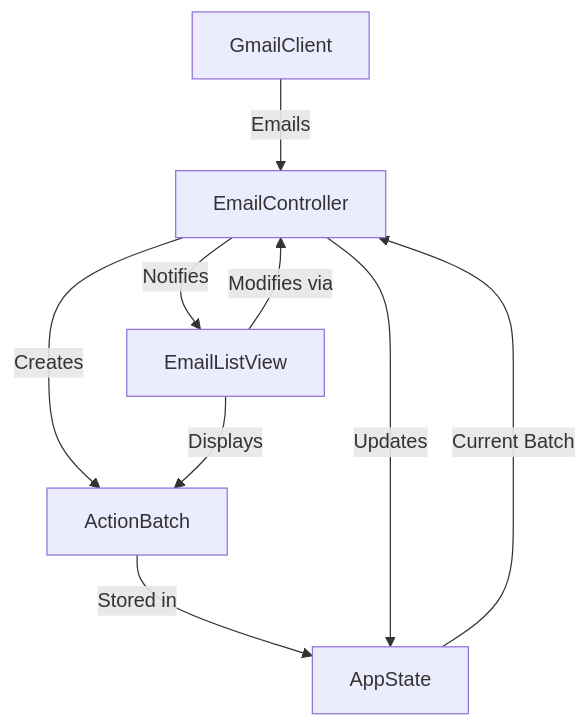
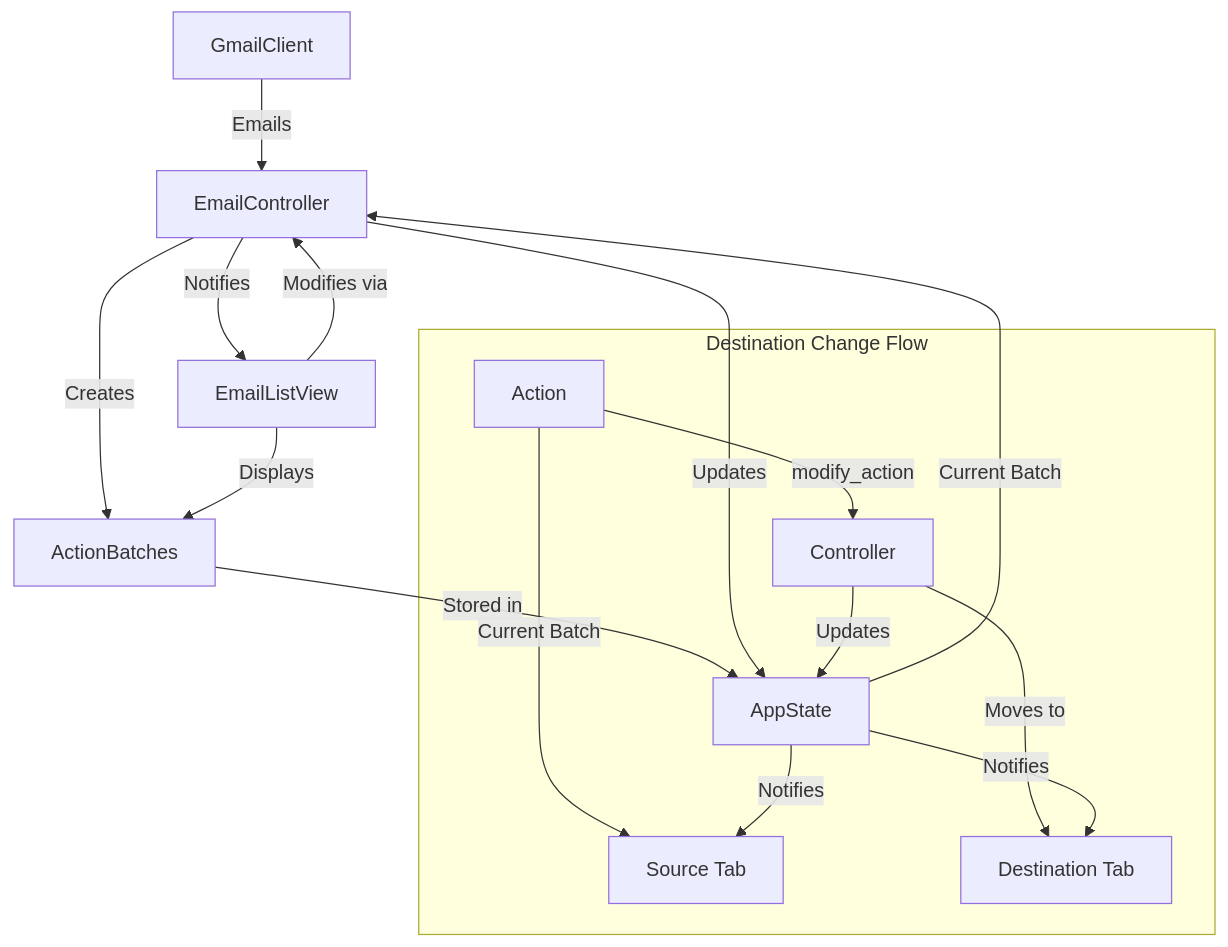
Before and after one commit to taylor1355/ai_assistant_ui: the diagram in docs/design_document.md, drawn with Mermaid. The commit also changed other lines of this file and 3 other files, not shown here.

````diff
--- a/docs/design_document.md
+++ b/docs/design_document.md
@@ -304,11 +344,20 @@
 ```mermaid
 graph TD
     A[GmailClient] -->|Emails| B[EmailController]
-    B -->|Creates| C[ActionBatch]
+    B -->|Creates| C[ActionBatches]
     C -->|Stored in| D[AppState]
     D -->|Current Batch| B
     B -->|Notifies| E[EmailListView]
     E -->|Displays| C
     E -->|Modifies via| B
     B -->|Updates| D
+    
+    subgraph Destination Change Flow
+        F[Action] -->|Current Batch| G[Source Tab]
+        F -->|modify_action| H[Controller]
+        H -->|Moves to| I[Destination Tab]
+        H -->|Updates| D
+        D -->|Notifies| G
+        D -->|Notifies| I
+    end
 ```
````
